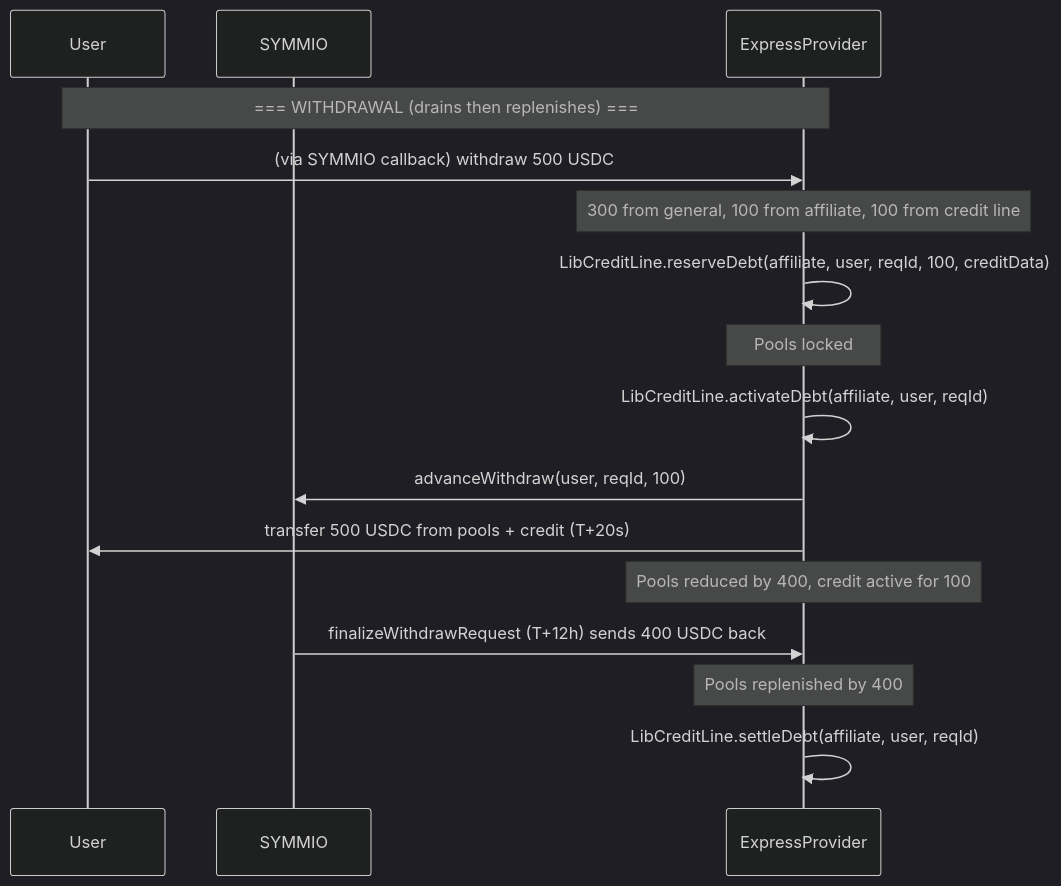
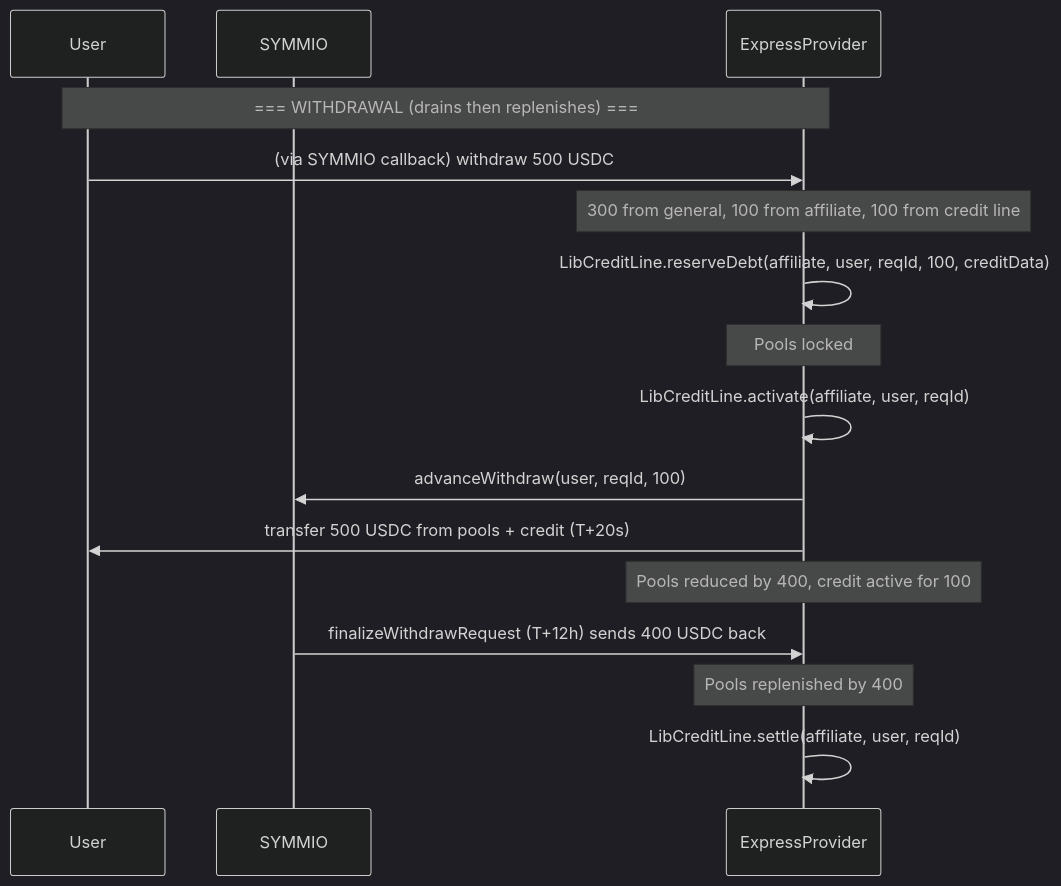
One commit to SYMM-IO/perps-core changed the third of 14 diagrams in docs/v0.8.6/express-withdrawal-system-design.md. Above: the diagram before and after it, drawn with Mermaid (dark theme). The commit also changed other lines of this file and 1 other file, not shown here.

Commit message:
docs: sync express provider docs with current contracts

````diff
--- a/docs/v0.8.6/express-withdrawal-system-design.md
+++ b/docs/v0.8.6/express-withdrawal-system-design.md
@@ -140,19 +140,19 @@
 ```mermaid
 sequenceDiagram
     participant User
     participant SYMMIO
     participant Express as ExpressProvider
 
     Note over User,Express: === WITHDRAWAL (drains then replenishes) ===
     User->>Express: (via SYMMIO callback) withdraw 500 USDC
     Note over Express: 300 from general, 100 from affiliate, 100 from credit line
     Express->>Express: LibCreditLine.reserveDebt(affiliate, user, reqId, 100, creditData)
     Note over Express: Pools locked
-    Express->>Express: LibCreditLine.activateDebt(affiliate, user, reqId)
+    Express->>Express: LibCreditLine.activate(affiliate, user, reqId)
     Express->>SYMMIO: advanceWithdraw(user, reqId, 100)
     Express->>User: transfer 500 USDC from pools + credit (T+20s)
     Note over Express: Pools reduced by 400, credit active for 100
     SYMMIO->>Express: finalizeWithdrawRequest (T+12h) sends 400 USDC back
     Note over Express: Pools replenished by 400
-    Express->>Express: LibCreditLine.settleDebt(affiliate, user, reqId)
+    Express->>Express: LibCreditLine.settle(affiliate, user, reqId)
 ```
````
